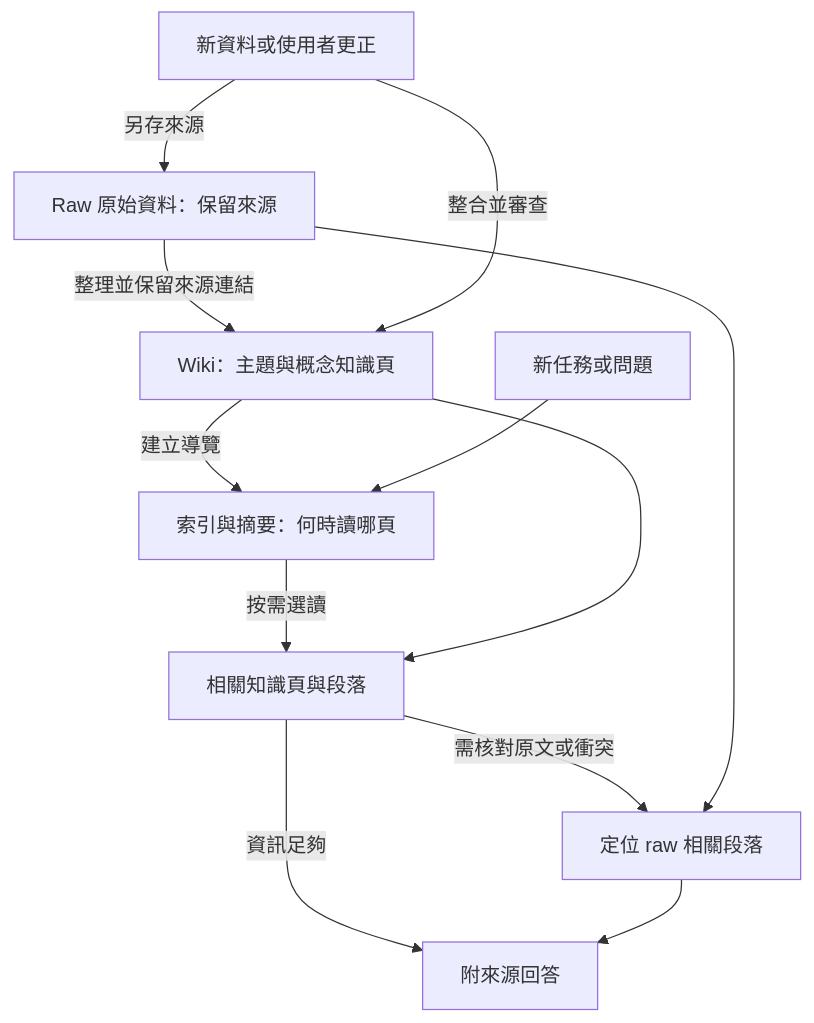
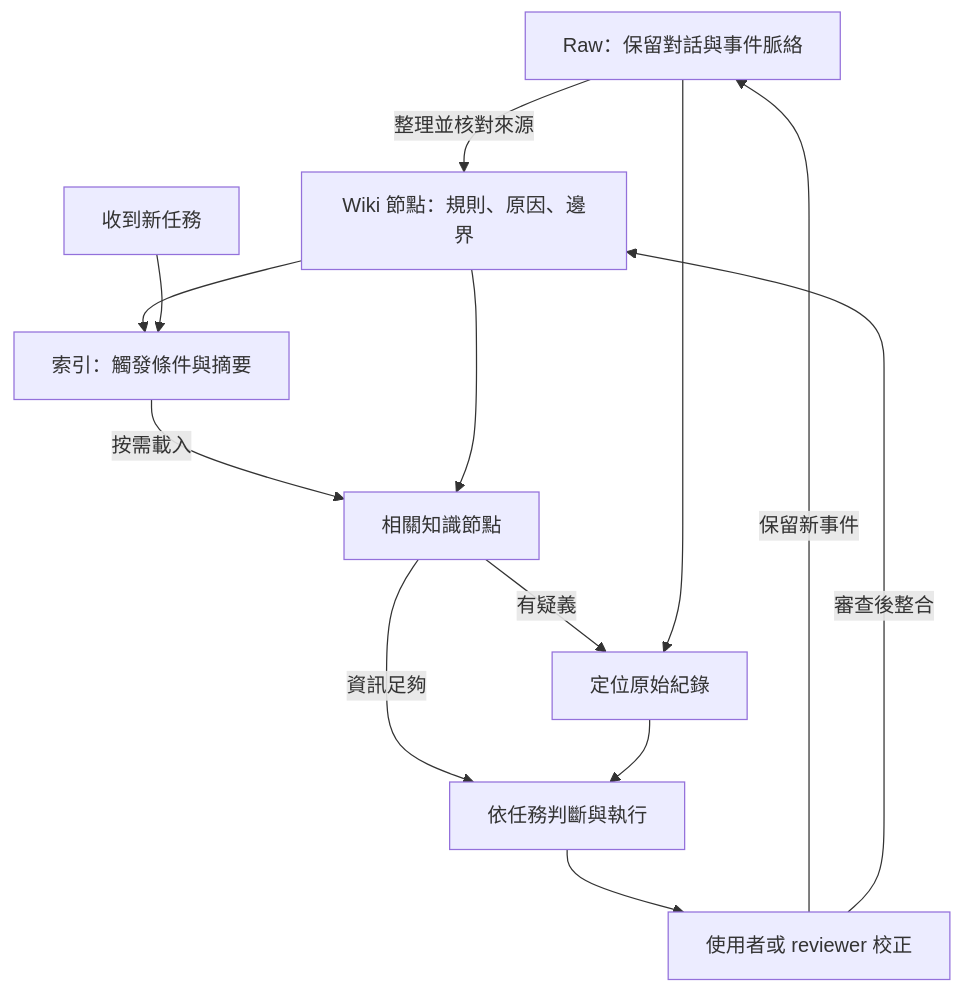
One commit to minxinchen/wiki-change-impact changed the first of 2 diagrams in README.md. Above: the diagram before and after it, drawn with Mermaid. The commit also changed other lines of this file and 7 other files, not shown here.

````diff
--- a/README.md
+++ b/README.md
@@ -36,14 +34,15 @@
 ```mermaid
 flowchart TD
-    R[Raw 原始資料：保留來源] -->|整理並保留來源連結| W[Wiki：主題與概念知識頁]
-    W -->|建立導覽| I[索引與摘要：何時讀哪頁]
-    Q[新任務或問題] --> I
-    I -->|按需選讀| P[相關知識頁與段落]
-    W --> P
-    P -->|資訊足夠| A[附來源回答]
-    P -->|需核對原文或衝突| S[定位 raw 相關段落]
-    R --> S
-    S --> A
-    N[新資料或使用者更正] -->|另存來源| R
-    N -->|整合並審查| W
+    R[Raw：保留對話與事件脈絡] -->|整理並核對來源| W[Wiki 節點：規則、原因、邊界]
+    W --> I[索引：觸發條件與摘要]
+    T[收到新任務] --> I
+    I -->|按需載入| K[相關知識節點]
+    W --> K
+    K -->|資訊足夠| A[依任務判斷與執行]
+    K -->|有疑義| Q[定位原始紀錄]
+    R --> Q
+    Q --> A
+    A --> F[使用者或 reviewer 校正]
+    F -->|保留新事件| R
+    F -->|審查後整合| W
 ```
````
